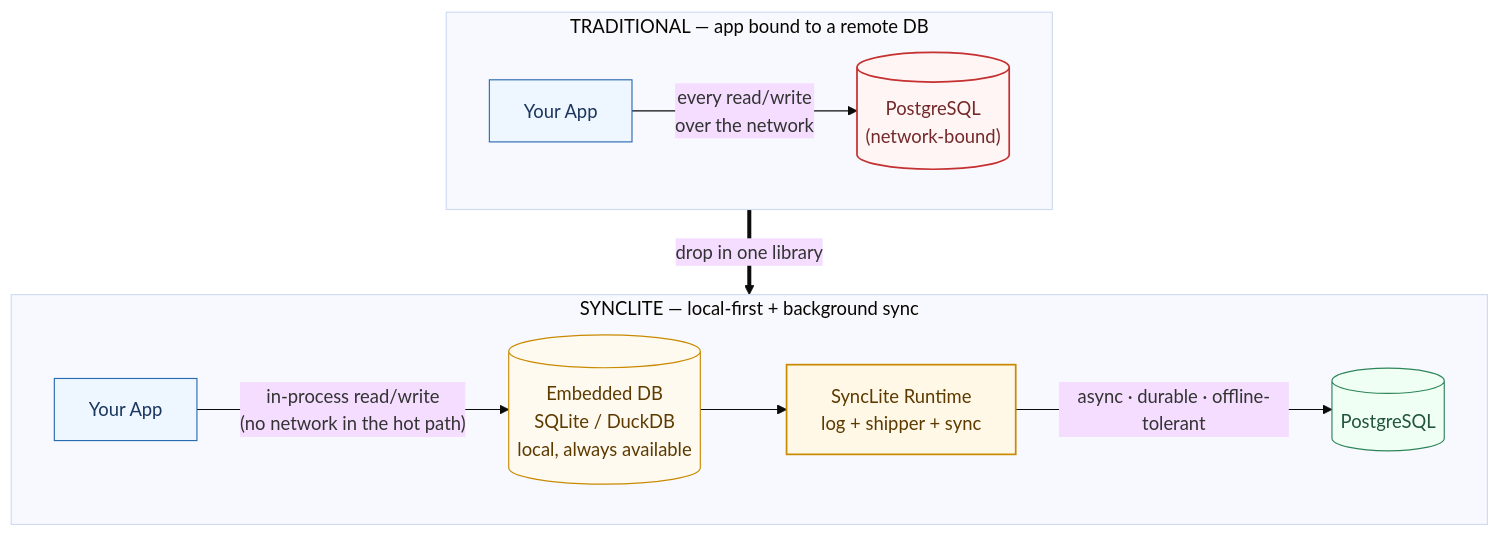
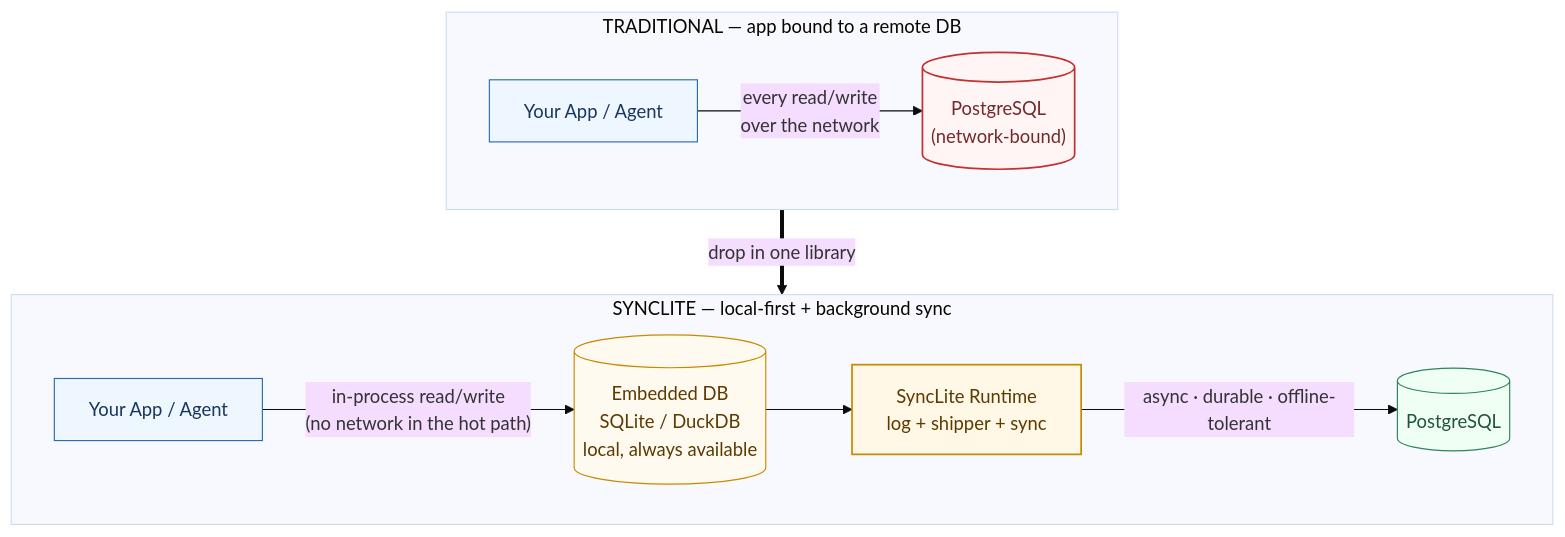
One commit to syncliteio/SyncLite changed the first of 4 diagrams in README.md. Above: the diagram before and after it, drawn with Mermaid (base theme). The commit also changed other lines of this file, not shown here.

First line of the commit message:
Clarify local agent and central intelligence roles

````diff
--- a/README.md
+++ b/README.md
@@ -28,28 +30,28 @@
 ```mermaid
 flowchart TB
     classDef app  fill:#eef6ff,stroke:#2b6cb0,stroke-width:1px,color:#1a365d
     classDef bad  fill:#fff5f5,stroke:#c53030,stroke-width:1.5px,color:#742a2a
     classDef edb  fill:#fffaf0,stroke:#c98a00,stroke-width:1px,color:#5c3a00
     classDef rt   fill:#fff8e6,stroke:#c98a00,stroke-width:1.5px,color:#5c3a00
     classDef dst  fill:#f0fff4,stroke:#2f855a,stroke-width:1px,color:#22543d
 
     subgraph Before["TRADITIONAL — app bound to a remote DB"]
         direction LR
-        A1["Your App"]:::app
+        A1["Your App / Agent"]:::app
         PG1[("PostgreSQL<br/>(network-bound)")]:::bad
         A1 -- "every read/write<br/>over the network" --> PG1
     end
 
     subgraph After["SYNCLITE — local-first + background sync"]
         direction LR
-        A2["Your App"]:::app
+        A2["Your App / Agent"]:::app
         EDB[("Embedded DB<br/>SQLite / DuckDB<br/>local, always available")]:::edb
         RT["SyncLite Runtime<br/>log + shipper + sync"]:::rt
         PG2[("PostgreSQL")]:::dst
         A2 -- "in-process read/write<br/>(no network in the hot path)" --> EDB
         EDB --> RT
         RT -- "async · durable · offline-tolerant" --> PG2
     end
 
     Before ==>|"drop in one library"| After
 ```
````
